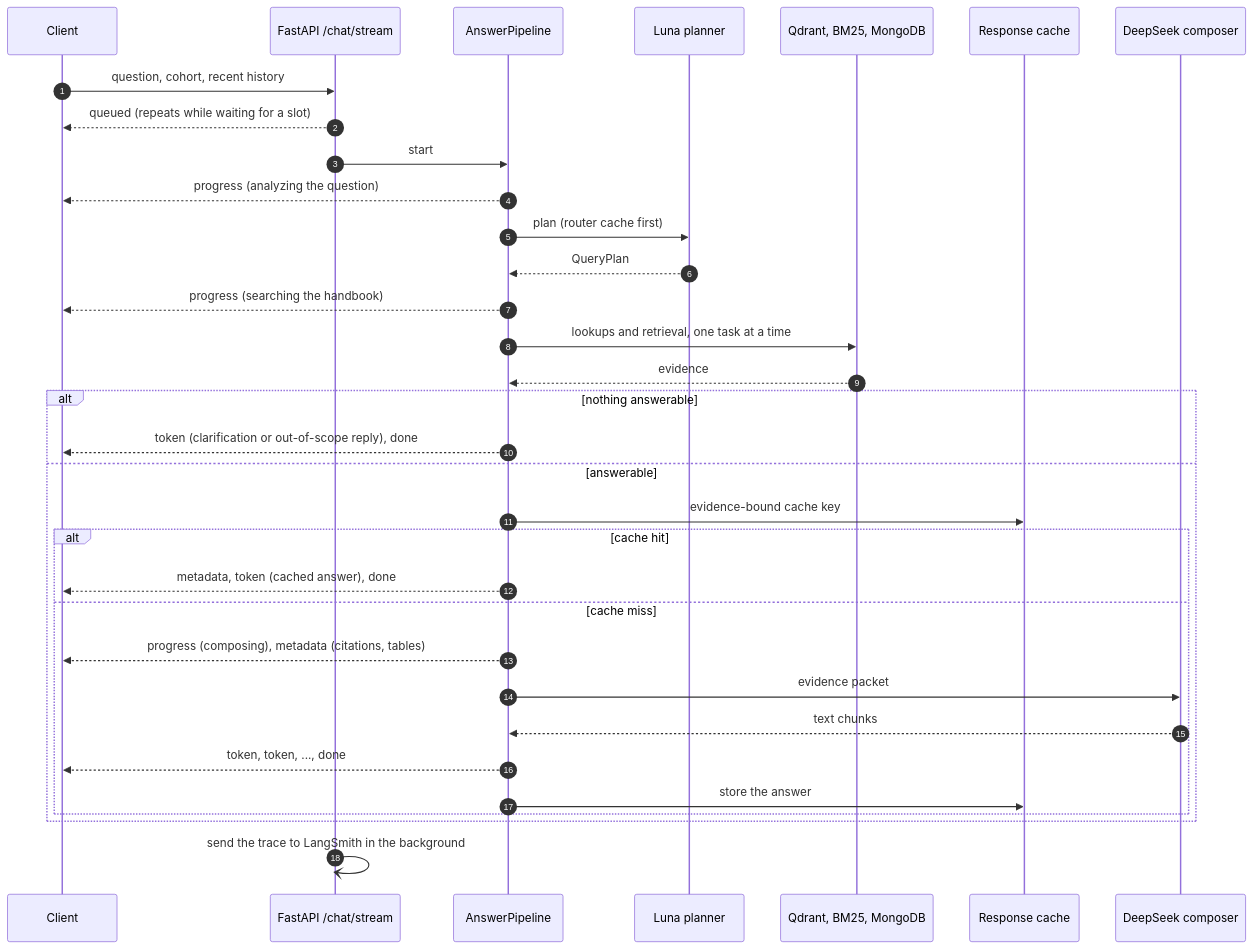
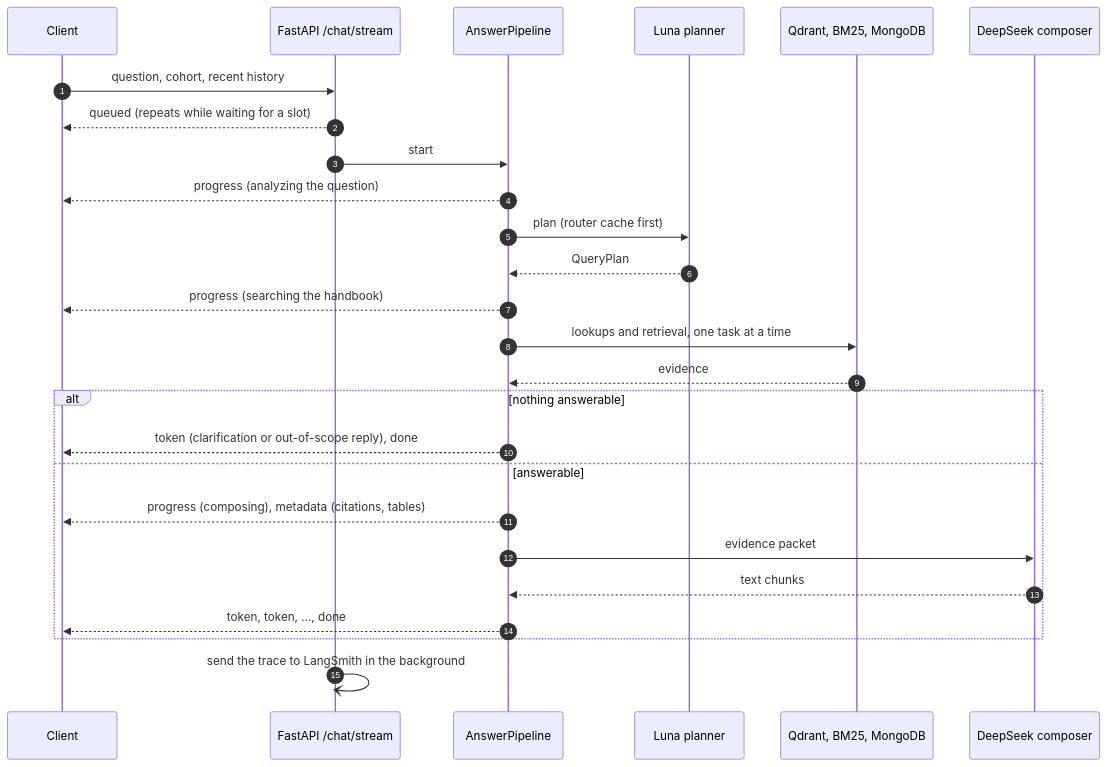
Before and after one commit to AnhPhiNe/student-handbook-rag-chatbot: the sixth of 7 diagrams in README.md, drawn with Mermaid. The commit also changed other lines of this file and 5 other files, not shown here.

````diff
--- a/README.md
+++ b/README.md
@@ -309,35 +297,28 @@
 ```mermaid
 sequenceDiagram
     autonumber
     participant C as Client
     participant A as FastAPI /chat/stream
     participant P as AnswerPipeline
     participant G as Luna planner
     participant S as Qdrant, BM25, MongoDB
-    participant R as Response cache
     participant M as DeepSeek composer
     C->>A: question, cohort, recent history
     A-->>C: queued (repeats while waiting for a slot)
     A->>P: start
     P-->>C: progress (analyzing the question)
     P->>G: plan (router cache first)
     G-->>P: QueryPlan
     P-->>C: progress (searching the handbook)
     P->>S: lookups and retrieval, one task at a time
     S-->>P: evidence
     alt nothing answerable
         P-->>C: token (clarification or out-of-scope reply), done
     else answerable
-        P->>R: evidence-bound cache key
-        alt cache hit
-            P-->>C: metadata, token (cached answer), done
-        else cache miss
-            P-->>C: progress (composing), metadata (citations, tables)
-            P->>M: evidence packet
-            M-->>P: text chunks
-            P-->>C: token, token, ..., done
-            P->>R: store the answer
-        end
+        P-->>C: progress (composing), metadata (citations, tables)
+        P->>M: evidence packet
+        M-->>P: text chunks
+        P-->>C: token, token, ..., done
     end
     A-)A: send the trace to LangSmith in the background
 ```
````
